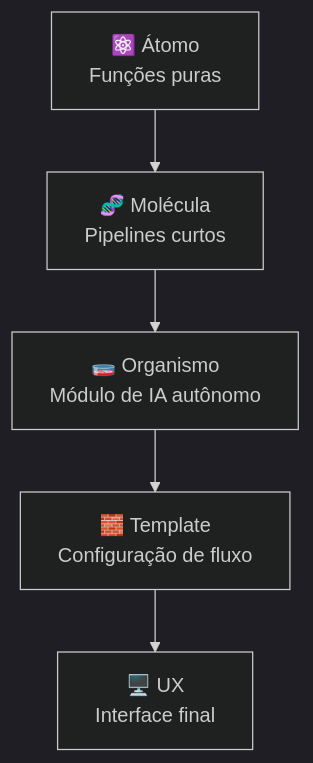
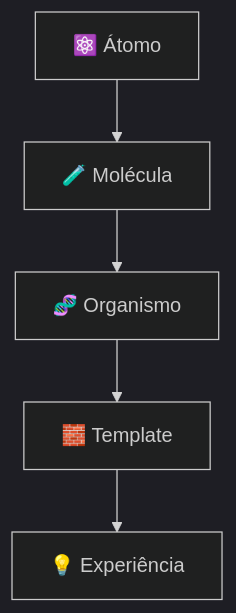
Before and after one commit to aleeepassarelli/ai-reusables: the diagram in architectures/atomic/README.md, drawn with Mermaid (dark theme). The commit also changed other lines of this file, not shown here.

````diff
--- a/architectures/atomic/README.md
+++ b/architectures/atomic/README.md
@@ -103,7 +173,7 @@
 ```mermaid
 graph TD
-    A[⚛️ Átomo<br>Funções puras] --> B[🧬 Molécula<br>Pipelines curtos]
-    B --> C[🧫 Organismo<br>Módulo de IA autônomo]
-    C --> D[🧱 Template<br>Configuração de fluxo]
-    D --> E[🖥️ UX<br>Interface final]
+    A[⚛️ Átomo] --> B[🧪 Molécula]
+    B --> C[🧬 Organismo]
+    C --> D[🧱 Template]
+    D --> E[💡 Experiência]
 ```
````
